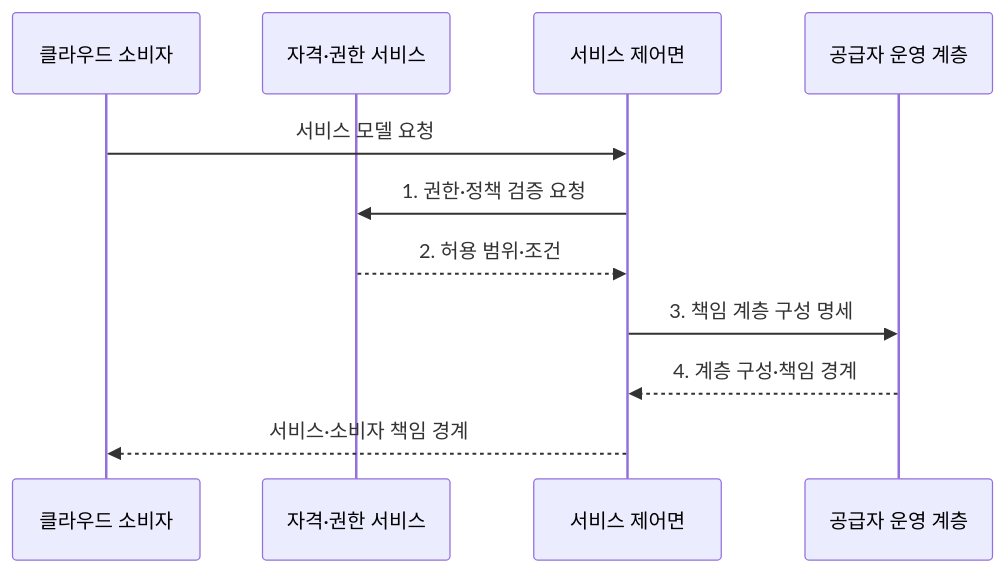
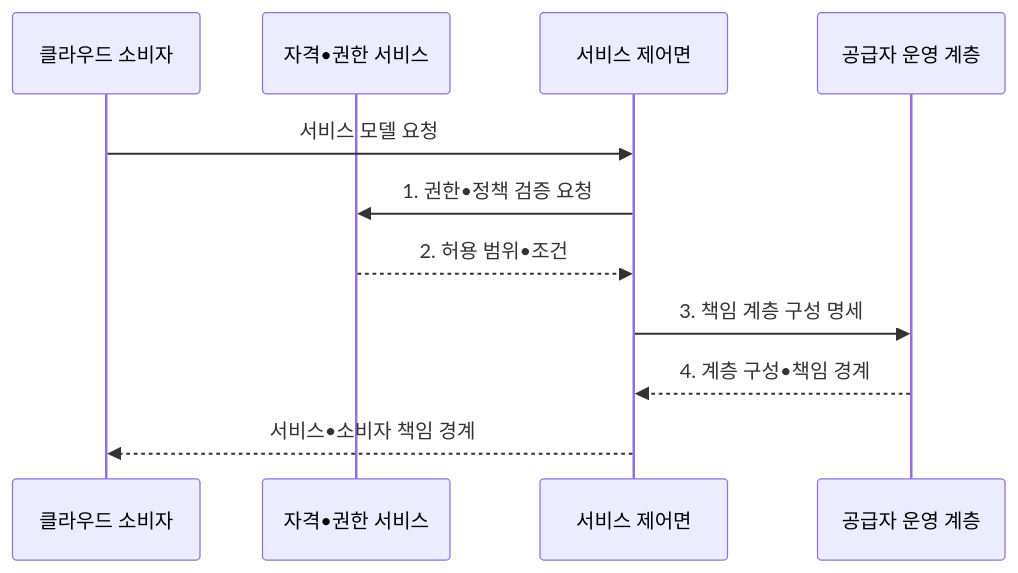
The second of 2 diagrams in src/content/docs/notes/03-software/141_cloud_service_models.md (agnusdei1207/knowledge-base), drawn with Mermaid before and after one commit. The commit also changed other lines of this file and 953 other files, not shown here.

````diff
--- a/src/content/docs/notes/03-software/141_cloud_service_models.md
+++ b/src/content/docs/notes/03-software/141_cloud_service_models.md
@@ -110,13 +110,13 @@
 ```mermaid
 sequenceDiagram
     participant C as 클라우드 소비자
-    participant I as 자격·권한 서비스
+    participant I as 자격•권한 서비스
     participant P as 서비스 제어면
     participant R as 공급자 운영 계층
     C->>P: 서비스 모델 요청
-    P->>I: 1. 권한·정책 검증 요청
-    I-->>P: 2. 허용 범위·조건
+    P->>I: 1. 권한•정책 검증 요청
+    I-->>P: 2. 허용 범위•조건
     P->>R: 3. 책임 계층 구성 명세
-    R-->>P: 4. 계층 구성·책임 경계
-    P-->>C: 서비스·소비자 책임 경계
+    R-->>P: 4. 계층 구성•책임 경계
+    P-->>C: 서비스•소비자 책임 경계
 ```
````
